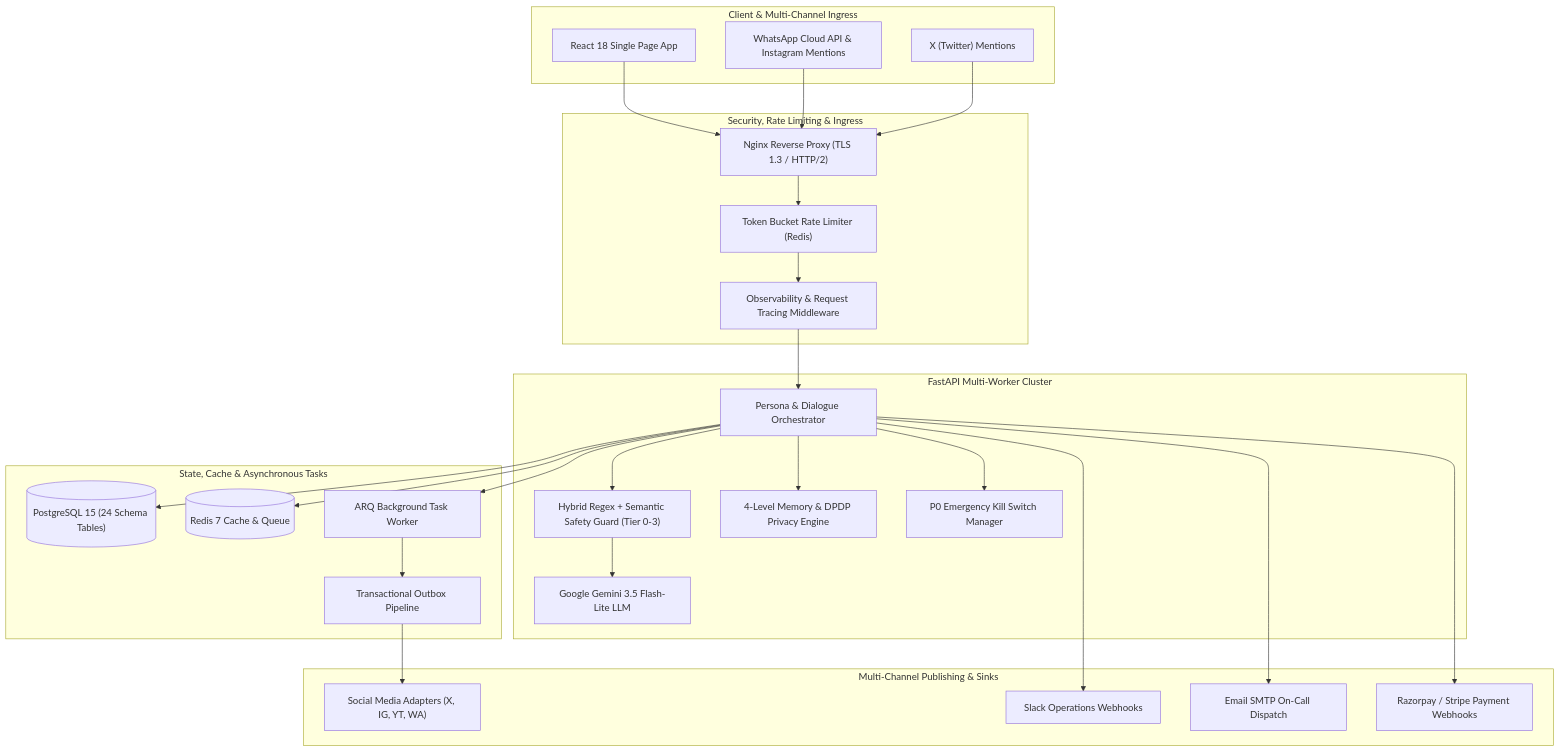
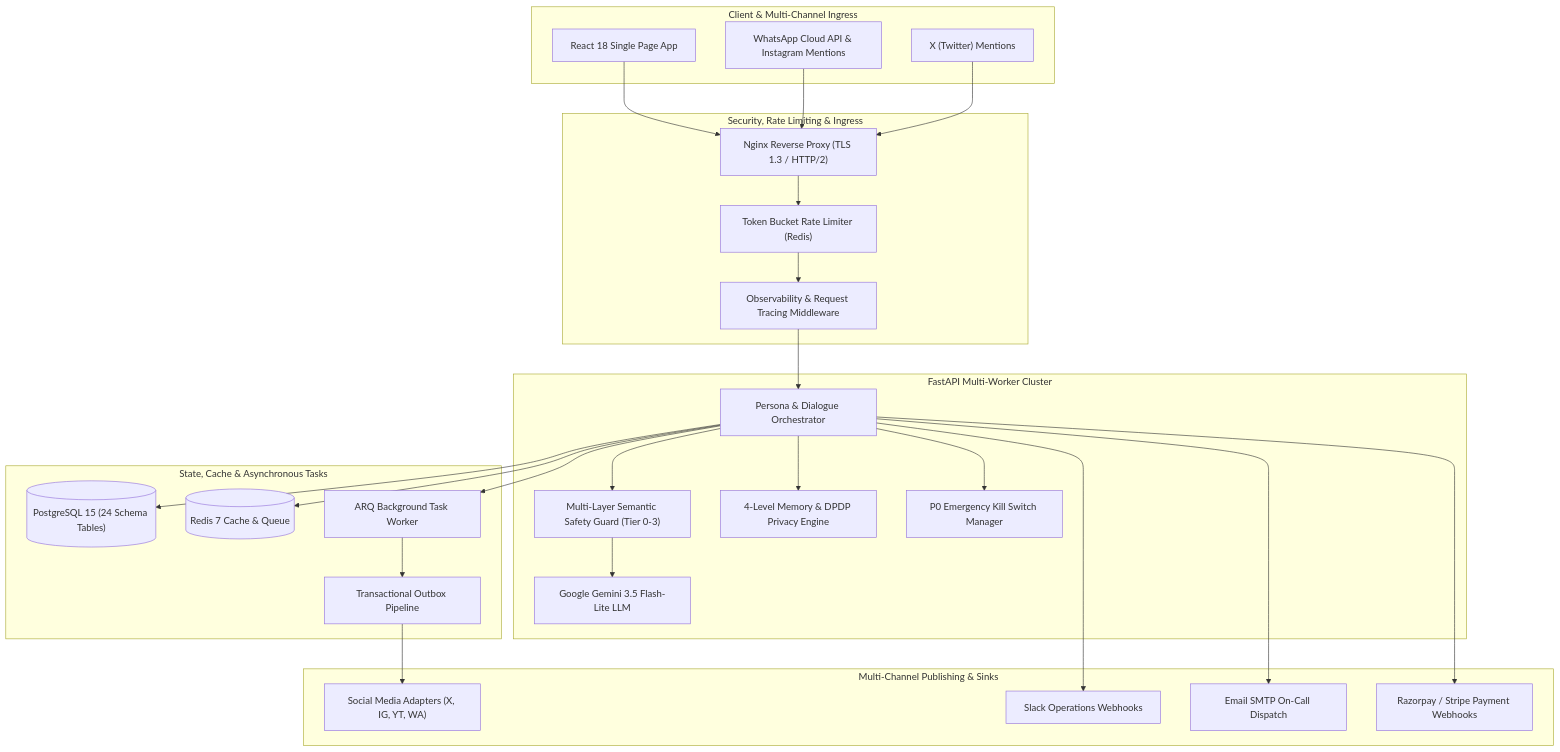
Before and after one commit to lakshmikanth823/AI-Personality_Venture: the diagram in README.md, drawn with Mermaid. The commit also changed other lines of this file and 8 other files, not shown here.

Commit message:
fix: multi-layer semantic safety classifier, guest session isolation, and 200+ case QA round 2 suite (179/179 green)

````diff
--- a/README.md
+++ b/README.md
@@ -109,51 +110,51 @@
 ```mermaid
 flowchart TD
     subgraph Ingress["Client & Multi-Channel Ingress"]
         WebUser["React 18 Single Page App"]
         MetaInbound["WhatsApp Cloud API & Instagram Mentions"]
         XInbound["X (Twitter) Mentions"]
     end
 
     subgraph SecurityTier["Security, Rate Limiting & Ingress"]
         Nginx["Nginx Reverse Proxy (TLS 1.3 / HTTP/2)"]
         RateLimiter["Token Bucket Rate Limiter (Redis)"]
         ObsMW["Observability & Request Tracing Middleware"]
     end
 
     subgraph CoreEngine["FastAPI Multi-Worker Cluster"]
         Router["Persona & Dialogue Orchestrator"]
-        SafetyEngine["Hybrid Regex + Semantic Safety Guard (Tier 0-3)"]
+        SafetyEngine["Multi-Layer Semantic Safety Guard (Tier 0-3)"]
         MemorySys["4-Level Memory & DPDP Privacy Engine"]
         KillSwitch["P0 Emergency Kill Switch Manager"]
         GeminiAPI["Google Gemini 3.5 Flash-Lite LLM"]
     end
 
     subgraph Persistence["State, Cache & Asynchronous Tasks"]
         PostgresDB[("PostgreSQL 15 (24 Schema Tables)")]
         RedisQueue[("Redis 7 Cache & Queue")]
         ARQWorker["ARQ Background Task Worker"]
         Outbox["Transactional Outbox Pipeline"]
     end
 
     subgraph BroadcastEgress["Multi-Channel Publishing & Sinks"]
         SocialAdapters["Social Media Adapters (X, IG, YT, WA)"]
         SlackAlerts["Slack Operations Webhooks"]
         EmailAlerts["Email SMTP On-Call Dispatch"]
         PaymentGW["Razorpay / Stripe Payment Webhooks"]
     end
 
     WebUser & MetaInbound & XInbound --> Nginx
     Nginx --> RateLimiter --> ObsMW --> Router
 
     Router --> SafetyEngine
     SafetyEngine --> GeminiAPI
     Router --> MemorySys
     Router --> KillSwitch
 
     Router --> PostgresDB
     Router --> RedisQueue
     Router --> ARQWorker
 
     ARQWorker --> Outbox --> SocialAdapters
     Router --> SlackAlerts & EmailAlerts & PaymentGW
 ```
````
